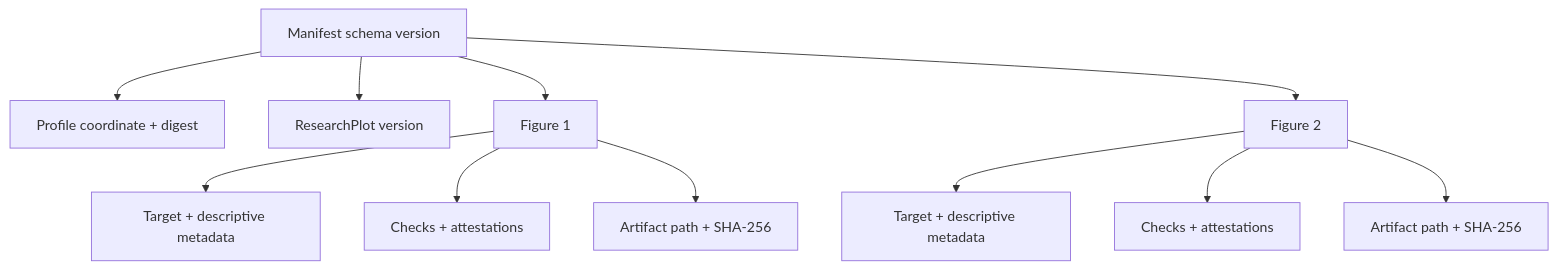
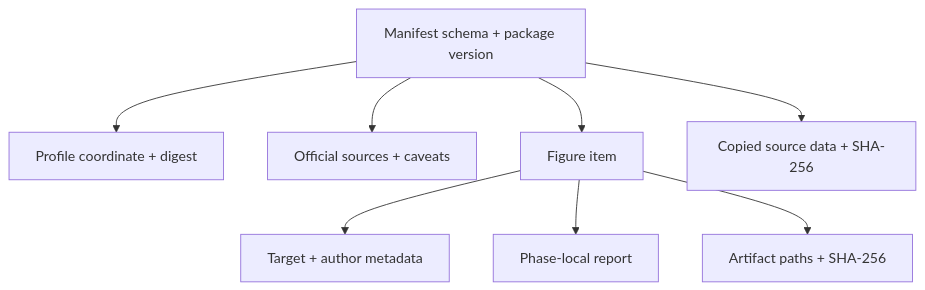
One commit to Devrajsinh-Jhala/ResearchPlot changed the diagram in docs/formats.md. Above: the diagram before and after it, drawn with Mermaid. The commit also changed other lines of this file and 155 other files, not shown here.

Commit message:
Release ResearchPlot 2.0

````diff
--- a/docs/formats.md
+++ b/docs/formats.md
@@ -48,13 +77,10 @@
 ```mermaid
 flowchart TD
-    M["Manifest schema version"] --> P["Profile coordinate + digest"]
-    M --> E["ResearchPlot version"]
-    M --> F1["Figure 1"]
-    M --> F2["Figure 2"]
-    F1 --> T1["Target + descriptive metadata"]
-    F1 --> C1["Checks + attestations"]
-    F1 --> A1["Artifact path + SHA-256"]
-    F2 --> T2["Target + descriptive metadata"]
-    F2 --> C2["Checks + attestations"]
-    F2 --> A2["Artifact path + SHA-256"]
+    M["Manifest schema + package version"] --> P["Profile coordinate + digest"]
+    M --> S["Official sources + caveats"]
+    M --> F1["Figure item"]
+    F1 --> T1["Target + author metadata"]
+    F1 --> R1["Phase-local report"]
+    F1 --> A1["Artifact paths + SHA-256"]
+    M --> A2["Copied source data + SHA-256"]
 ```
````
